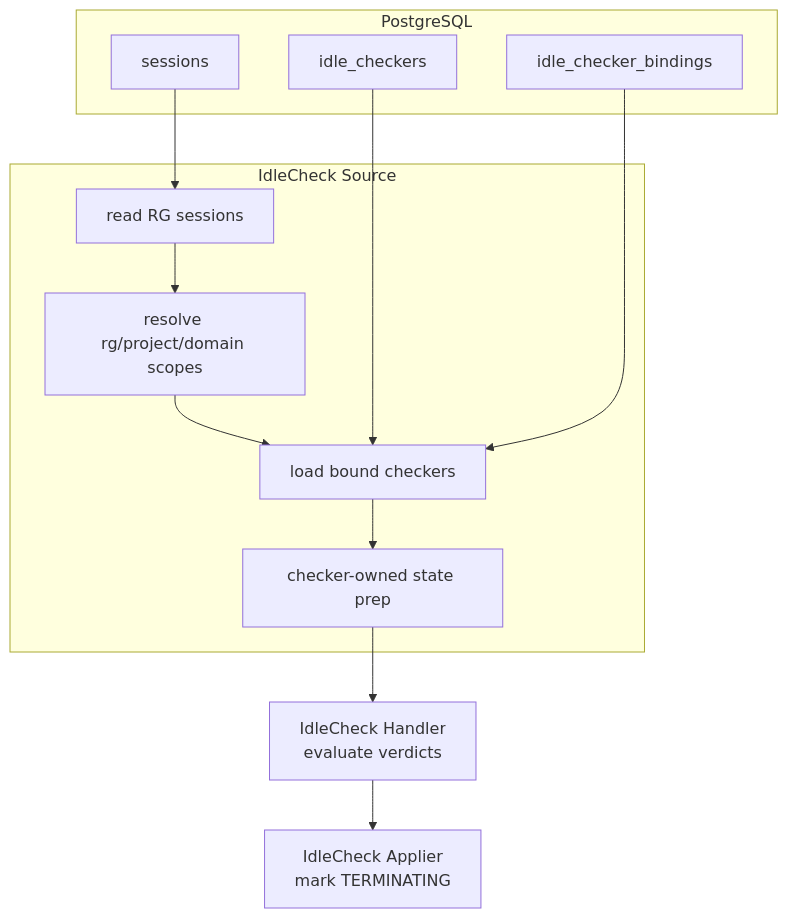
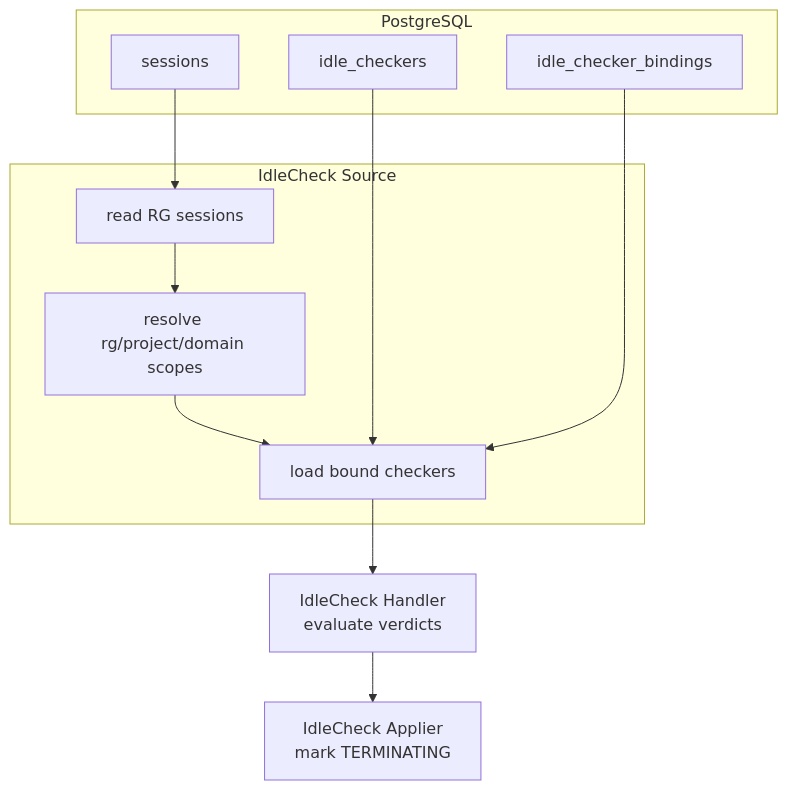
Before and after one commit to lablup/backend.ai: the second of 2 diagrams in proposals/BEP-1054-reconciler-based-idle-checker.md, drawn with Mermaid. The commit also changed other lines of this file and 5 other files, not shown here.

````diff
--- a/proposals/BEP-1054-reconciler-based-idle-checker.md
+++ b/proposals/BEP-1054-reconciler-based-idle-checker.md
@@ -240,23 +239,23 @@
 ```mermaid
 flowchart TB
     subgraph DB[PostgreSQL]
         Sessions[sessions]
         Checkers[idle_checkers]
         Bindings[idle_checker_bindings]
     end
 
     subgraph Source[IdleCheck Source]
         ReadSessions[read RG sessions]
         ResolveScopes[resolve rg/project/domain scopes]
         LoadCheckers[load bound checkers]
-        Prepare[checker-owned state prep]
     end
 
     Handler[IdleCheck Handler<br/>evaluate verdicts]
     Applier[IdleCheck Applier<br/>mark TERMINATING]
 
     Sessions --> ReadSessions --> ResolveScopes --> LoadCheckers
     Checkers --> LoadCheckers
     Bindings --> LoadCheckers
-    LoadCheckers --> Prepare --> Handler --> Applier
+    LoadCheckers --> Handler
+    Handler --> Applier
 ```
````
